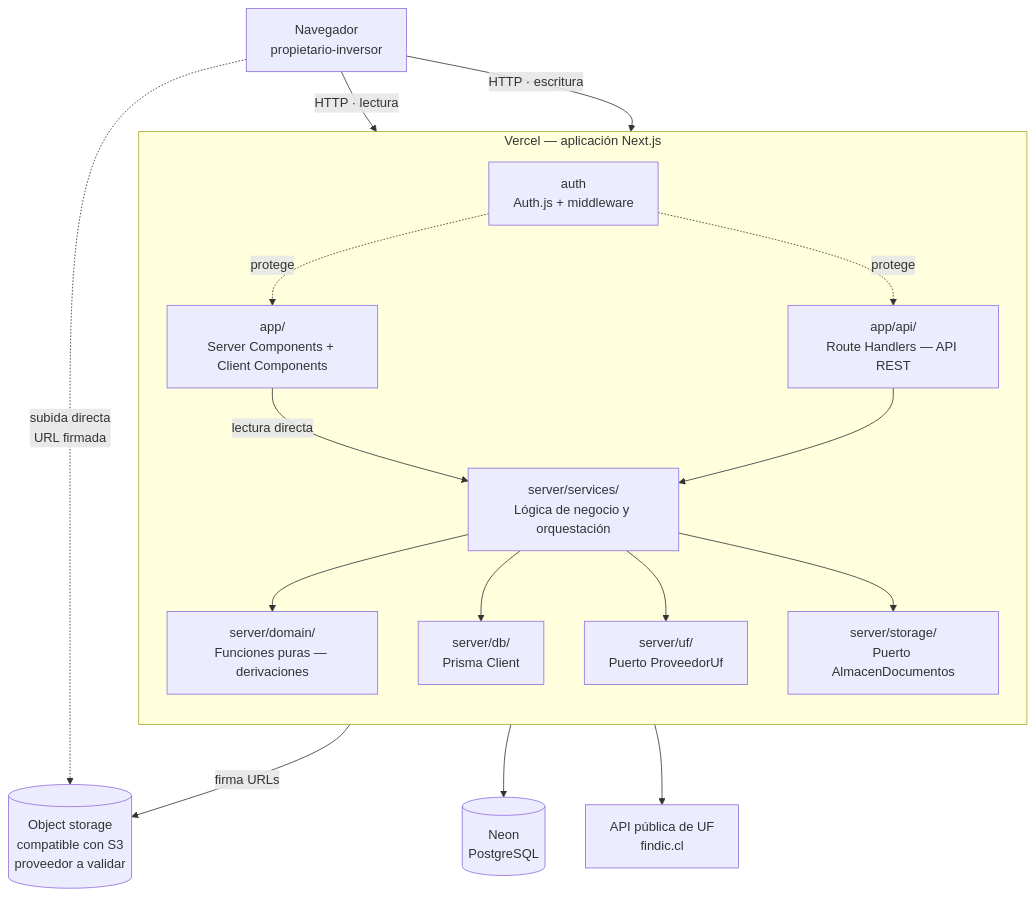
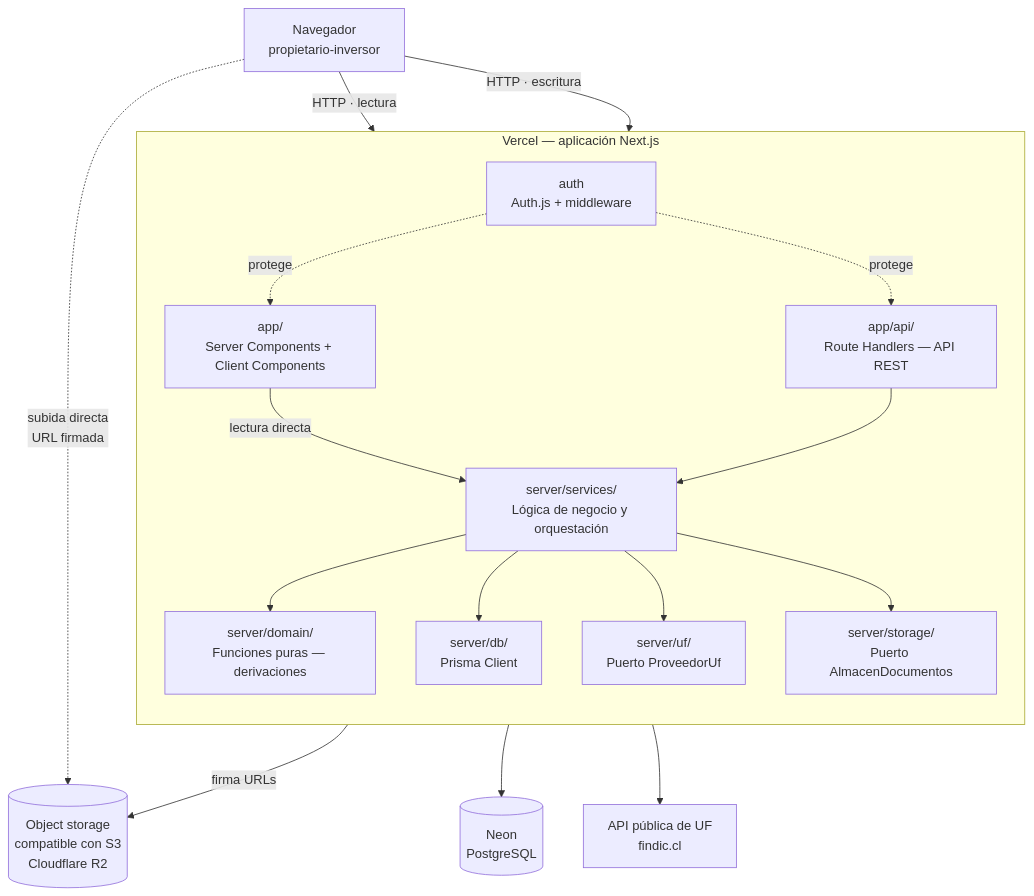
One commit to elianasaraith/feature-entrega-1-ESRF changed the second of 5 diagrams in readme.md. Above: the diagram before and after it, drawn with Mermaid. The commit also changed other lines of this file and 77 other files, not shown here.

````diff
--- a/readme.md
+++ b/readme.md
@@ -303,38 +326,38 @@
 ```mermaid
 flowchart TB
     Navegador["Navegador<br/>propietario-inversor"]
 
     subgraph Vercel["Vercel — aplicación Next.js"]
         direction TB
         UI["app/<br/>Server Components + Client Components"]
         API["app/api/<br/>Route Handlers — API REST"]
         SRV["server/services/<br/>Lógica de negocio y orquestación"]
         DOM["server/domain/<br/>Funciones puras — derivaciones"]
         DB["server/db/<br/>Prisma Client"]
         UF["server/uf/<br/>Puerto ProveedorUf"]
         ST["server/storage/<br/>Puerto AlmacenDocumentos"]
         AUTH["auth<br/>Auth.js + middleware"]
     end
 
     PG[("Neon<br/>PostgreSQL")]
     APIUF["API pública de UF<br/>findic.cl"]
-    S3[("Object storage<br/>compatible con S3<br/>proveedor a validar")]
+    S3[("Object storage<br/>compatible con S3<br/>Cloudflare R2")]
 
     Navegador -->|"HTTP · lectura"| UI
     Navegador -->|"HTTP · escritura"| API
     Navegador -.->|"subida directa<br/>URL firmada"| S3
 
     AUTH -.->|"protege"| UI
     AUTH -.->|"protege"| API
 
     UI -->|"lectura directa"| SRV
     API --> SRV
     SRV --> DOM
     SRV --> DB
     SRV --> UF
     SRV --> ST
 
     DB --> PG
     UF --> APIUF
     ST -->|"firma URLs"| S3
 ```
````
